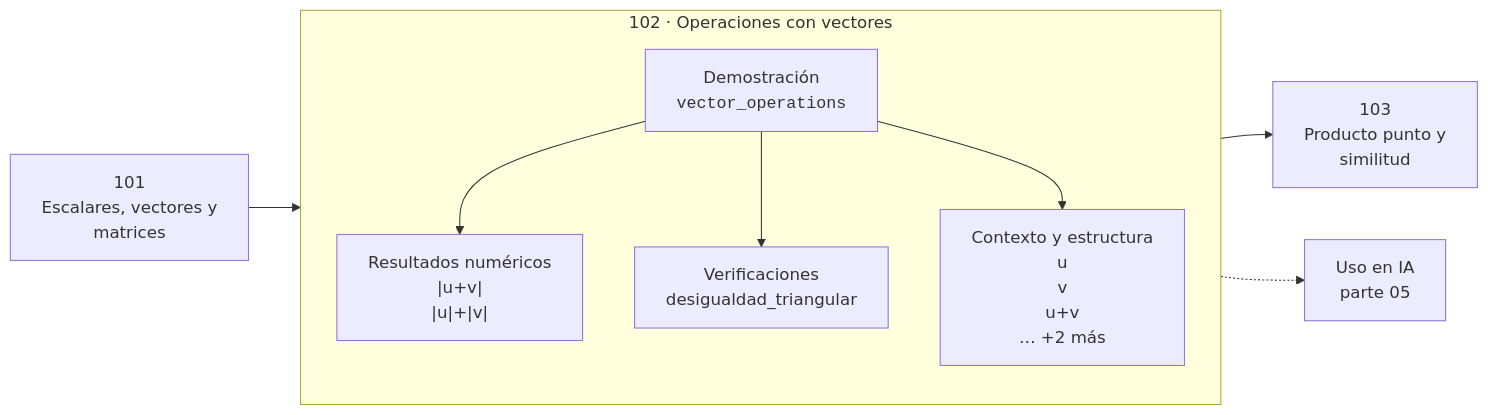
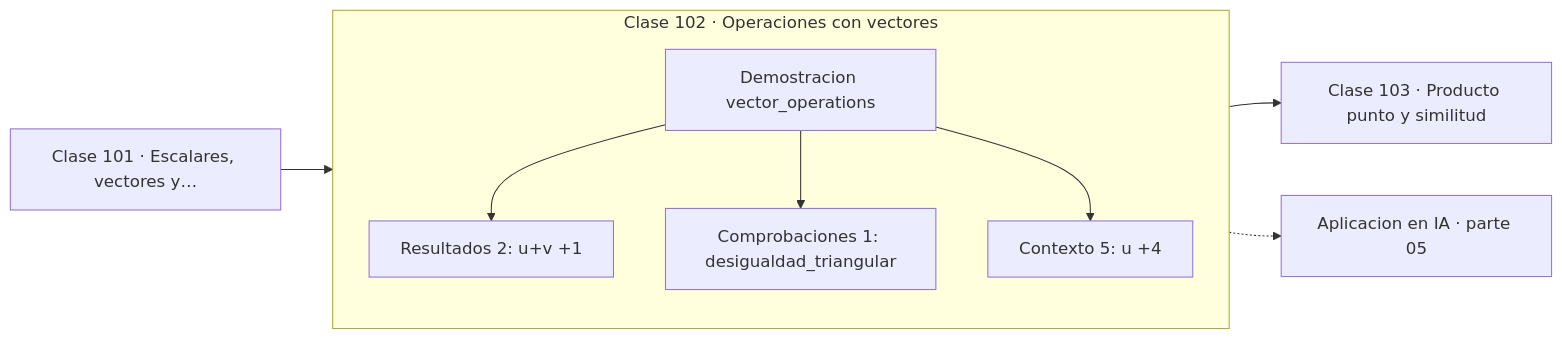
Before and after one commit to vladimiracunadev-create/computational-mathematics-program: the diagram in classes/part-05-algebra-lineal-i-vectores-y-matrices/102-operaciones-con-vectores/README.md, drawn with Mermaid. The commit also changed 389 other files, not shown here.

First line of the commit message:
fix(diagramas): elimina el HTML de las etiquetas Mermaid

````diff
--- a/classes/part-05-algebra-lineal-i-vectores-y-matrices/102-operaciones-con-vectores/README.md
+++ b/classes/part-05-algebra-lineal-i-vectores-y-matrices/102-operaciones-con-vectores/README.md
@@ -30,12 +30,13 @@
 ```mermaid
 flowchart LR
-    P["101<br/>Escalares, vectores y<br/>matrices"] --> C
-    subgraph C["102 · Operaciones con vectores"]
+    P["Clase 101 · Escalares, vectores y…"] --> D
+    subgraph CLASE["Clase 102 · Operaciones con vectores"]
         direction TB
-        D["Demostración<br/><code>vector_operations</code>"] --> R["Resultados numéricos<br/>|u+v|<br/>|u|+|v|"]
-        D --> V["Verificaciones<br/>desigualdad_triangular"]
-        D --> O["Contexto y estructura<br/>u<br/>v<br/>u+v<br/>… +2 más"]
+        D["Demostracion vector_operations"]
+        D --> R["Resultados 2: u+v +1"]
+        D --> V["Comprobaciones 1: desigualdad_triangular"]
+        D --> O["Contexto 5: u +4"]
     end
-    C --> N["103<br/>Producto punto y<br/>similitud"]
-    C -.-> IA["Uso en IA<br/>parte 05"]
+    R --> N["Clase 103 · Producto punto y similitud"]
+    V -.-> IA["Aplicacion en IA · parte 05"]
 ```
````
